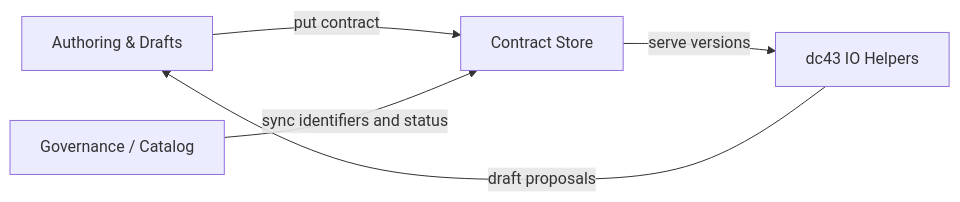
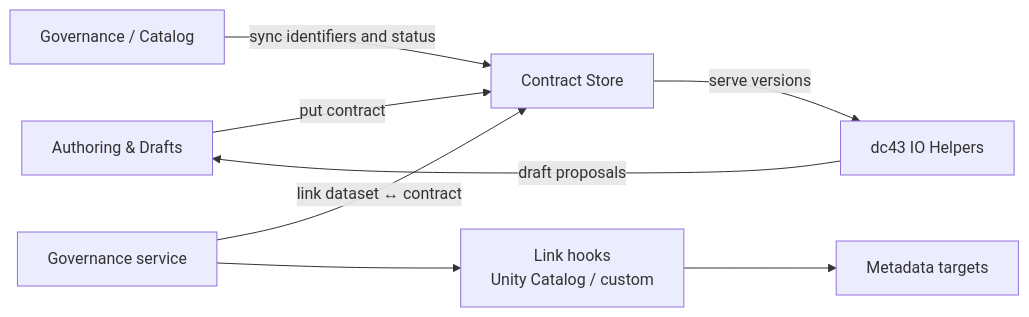
The diagram in docs/component-contract-store.md (NextLab-SRL/dc43), drawn with Mermaid before and after one commit. The commit also changed other lines of this file and 3 other files, not shown here.

Commit message:
docs: refresh architecture diagrams

````diff
--- a/docs/component-contract-store.md
+++ b/docs/component-contract-store.md
@@ -30,7 +30,10 @@
 ```mermaid
 flowchart LR
     Authoring["Authoring & Drafts"] -->|put contract| Store["Contract Store"]
     Collibra["Governance / Catalog"] -->|sync identifiers and status| Store
+    Governance["Governance service"] -->|link dataset ↔ contract| Store
+    Governance --> LinkHooks["Link hooks\nUnity Catalog / custom"]
+    LinkHooks --> Targets["Metadata targets"]
     Store -->|serve versions| Enforcement["dc43 IO Helpers"]
     Enforcement -->|draft proposals| Authoring
 ```
````
